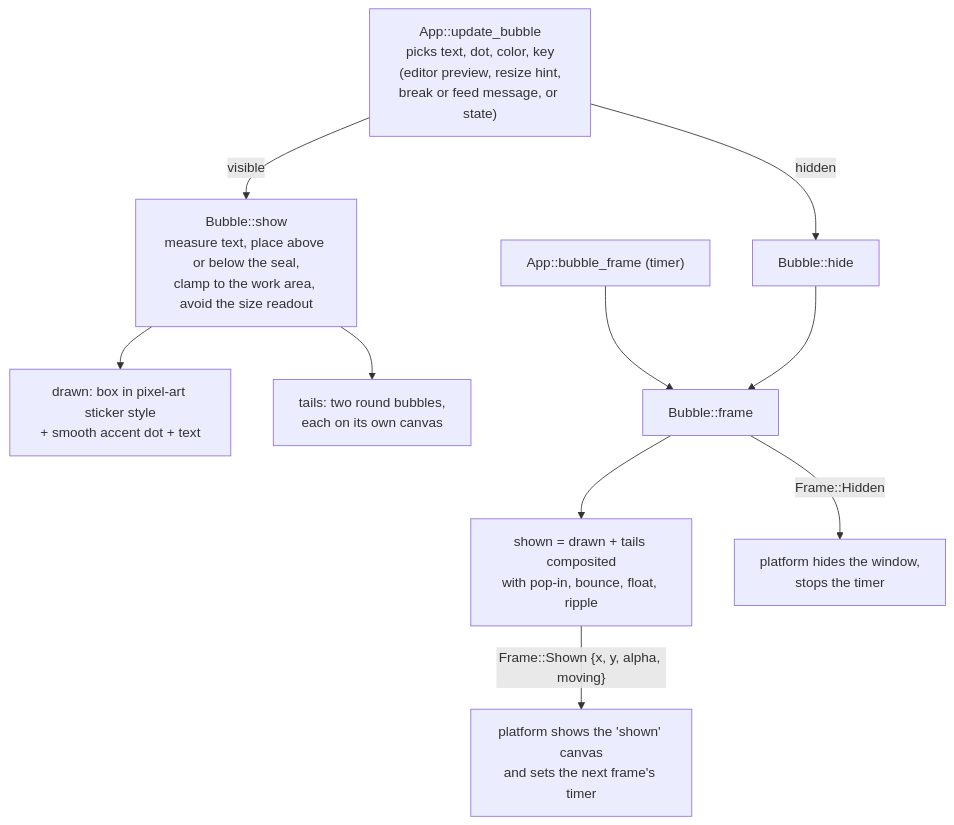
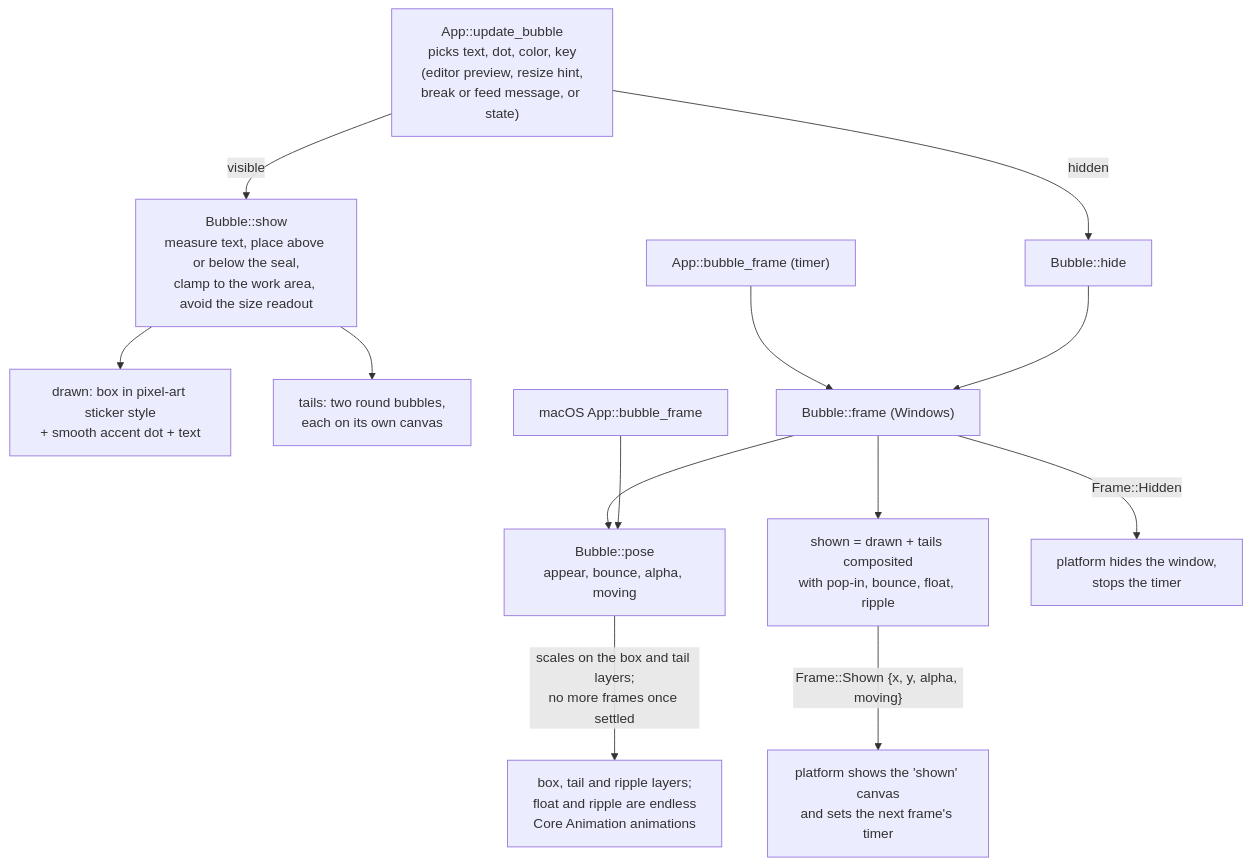
One commit to thanachaiakt/ai-mascot-hook changed the sixth of 7 diagrams in docs/en/architecture.md. Above: the diagram before and after it, drawn with Mermaid. The commit also changed other lines of this file and 10 other files, not shown here.

````diff
--- a/docs/en/architecture.md
+++ b/docs/en/architecture.md
@@ -192,13 +198,16 @@
 ```mermaid
 flowchart TD
     app["App::update_bubble<br/>picks text, dot, color, key<br/>(editor preview, resize hint,<br/>break or feed message, or state)"]
     app -- "visible" --> show["Bubble::show<br/>measure text, place above or below the seal,<br/>clamp to the work area, avoid the size readout"]
     app -- "hidden" --> hidebox["Bubble::hide"]
     show --> drawn["drawn: box in pixel-art sticker style<br/>+ smooth accent dot + text"]
     show --> tails["tails: two round bubbles,<br/>each on its own canvas"]
-    frame["App::bubble_frame (timer)"] --> bfr["Bubble::frame"]
+    frame["App::bubble_frame (timer)"] --> bfr["Bubble::frame (Windows)"]
     hidebox --> bfr
+    bfr --> pose["Bubble::pose<br/>appear, bounce, alpha, moving"]
     bfr --> comp["shown = drawn + tails composited<br/>with pop-in, bounce, float, ripple"]
     comp -- "Frame::Shown {x, y, alpha, moving}" --> present["platform shows the 'shown' canvas<br/>and sets the next frame's timer"]
     bfr -- "Frame::Hidden" --> off["platform hides the window,<br/>stops the timer"]
+    mframe["macOS App::bubble_frame"] --> pose
+    pose -- "scales on the box and tail layers;<br/>no more frames once settled" --> layers["box, tail and ripple layers;<br/>float and ripple are endless<br/>Core Animation animations"]
 ```
````
